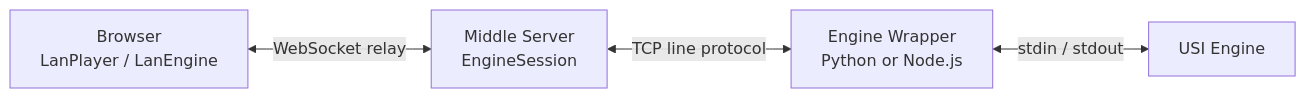
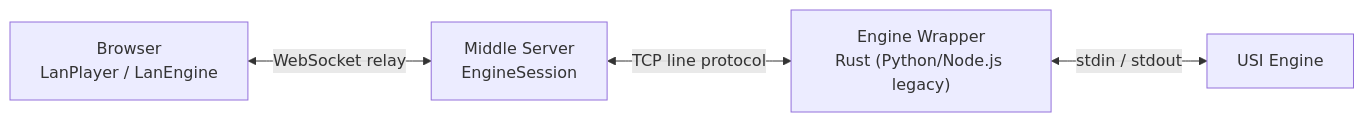
The diagram in docs/architecture/remote-engine.md (yoset77/shogihome-lab), drawn with Mermaid before and after one commit. The commit also changed other lines of this file and 100 other files, not shown here.

````diff
--- a/docs/architecture/remote-engine.md
+++ b/docs/architecture/remote-engine.md
@@ -7,11 +7,11 @@
 ```mermaid
 flowchart LR
     Browser["Browser<br/>LanPlayer / LanEngine"]
     Server["Middle Server<br/>EngineSession"]
-    Wrapper["Engine Wrapper<br/>Python or Node.js"]
+    Wrapper["Engine Wrapper<br/>Rust (Python/Node.js legacy)"]
     Engine["USI Engine"]
 
     Browser <-->|"WebSocket relay"| Server
     Server <-->|"TCP line protocol"| Wrapper
     Wrapper <-->|"stdin / stdout"| Engine
 ```
````
